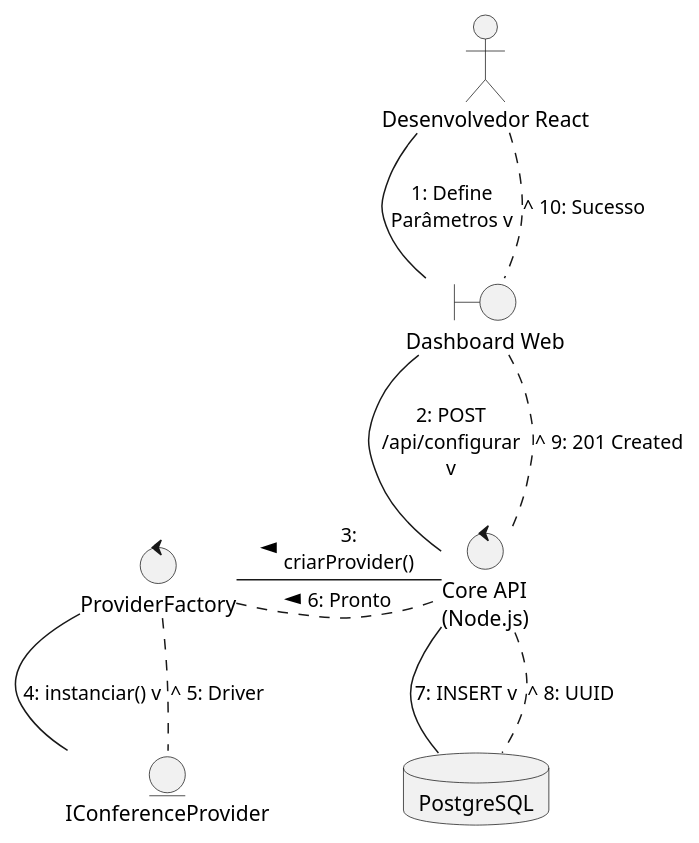
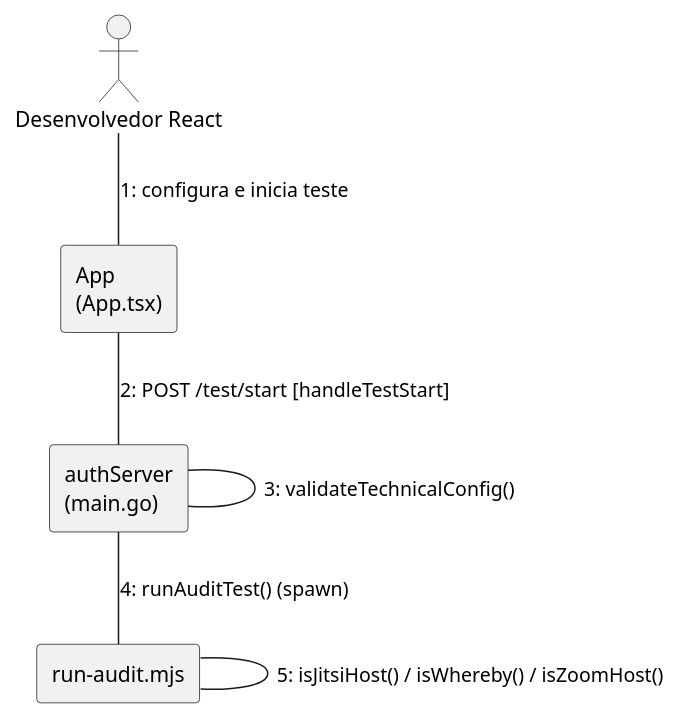
The diagram in Artefatos/DiagramaDeComunicacaoConfiguracaoEValidacao.puml (ICEI-PUC-Minas-PPLES-TI/plf-es-2025-2-tcci-0393100-dev-rafael-parreira), drawn with PlantUML before and after one commit. The commit also changed 16 other files, not shown here.

First line of the commit message:
feat: implementa Strategy/Factory de provedores e revisa diagramas para refletir o sistema real

```diff
--- a/Artefatos/DiagramaDeComunicacaoConfiguracaoEValidacao.puml
+++ b/Artefatos/DiagramaDeComunicacaoConfiguracaoEValidacao.puml
@@ -1,26 +1,16 @@
 @startuml
 skinparam shadowing false
-skinparam MaxMessageSize 100
+skinparam nodesep 45
+skinparam ranksep 55
 
 actor "Desenvolvedor React" as Dev
-boundary "Dashboard Web" as Web
-control "Core API\n(Node.js)" as Core
-control "ProviderFactory" as Factory
-entity "IConferenceProvider" as Strategy
-database "PostgreSQL" as DB
+rectangle "App\n(App.tsx)" as App
+rectangle "authServer\n(main.go)" as Core
+rectangle "run-audit.mjs" as Runner
 
-' Layout em Blocos
-Dev -down- Web : "1: Define Parâmetros v"
-Web -down- Core : "2: POST /api/configurar v"
-
-Core -left- Factory : "3: criarProvider() >"
-Factory -down- Strategy : "4: instanciar() v"
-Strategy .up. Factory : "^ 5: Driver"
-Factory .right. Core : "< 6: Pronto"
-
-Core -down- DB : "7: INSERT v"
-DB .up. Core : "^ 8: UUID"
-
-Core .up. Web : "^ 9: 201 Created"
-Web .up. Dev : "^ 10: Sucesso"
+Dev -- App : 1: configura e inicia teste
+App -- Core : 2: POST /test/start [handleTestStart]
+Core -- Core : 3: validateTechnicalConfig()
+Core -- Runner : 4: runAuditTest() (spawn)
+Runner -- Runner : 5: isJitsiHost() / isWhereby() / isZoomHost()
 @enduml
```
